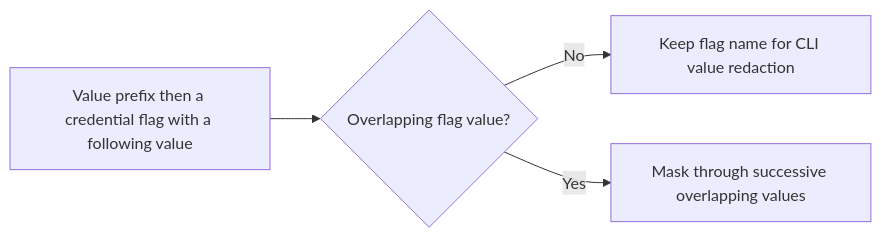
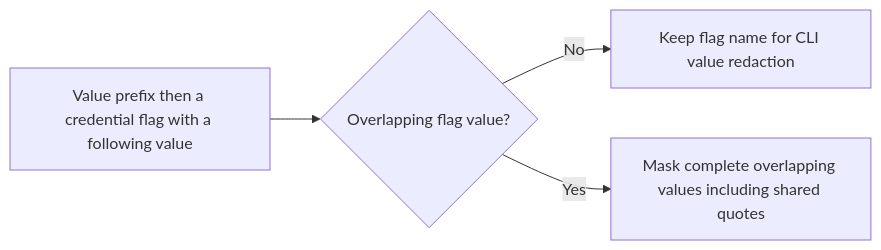
One commit to stSoftwareAU/VibeCoder changed the diagram in docs/archive/pr-summaries/pr-summary-5608.md. Above: the diagram before and after it, drawn with Mermaid. The commit also changed other lines of this file and 3 other files, not shown here.

First line of the commit message:
fix(redaction): mask shared quotes in nested flag overlaps (#5608)

````diff
--- a/docs/archive/pr-summaries/pr-summary-5608.md
+++ b/docs/archive/pr-summaries/pr-summary-5608.md
@@ -52,6 +54,6 @@
 ```mermaid
 flowchart LR
     A[Value prefix then a credential flag with a following value] --> B{Overlapping flag value?}
     B -->|No| C[Keep flag name for CLI value redaction]
-    B -->|Yes| D[Mask through successive overlapping values]
+    B -->|Yes| D[Mask complete overlapping values including shared quotes]
 ```
````
